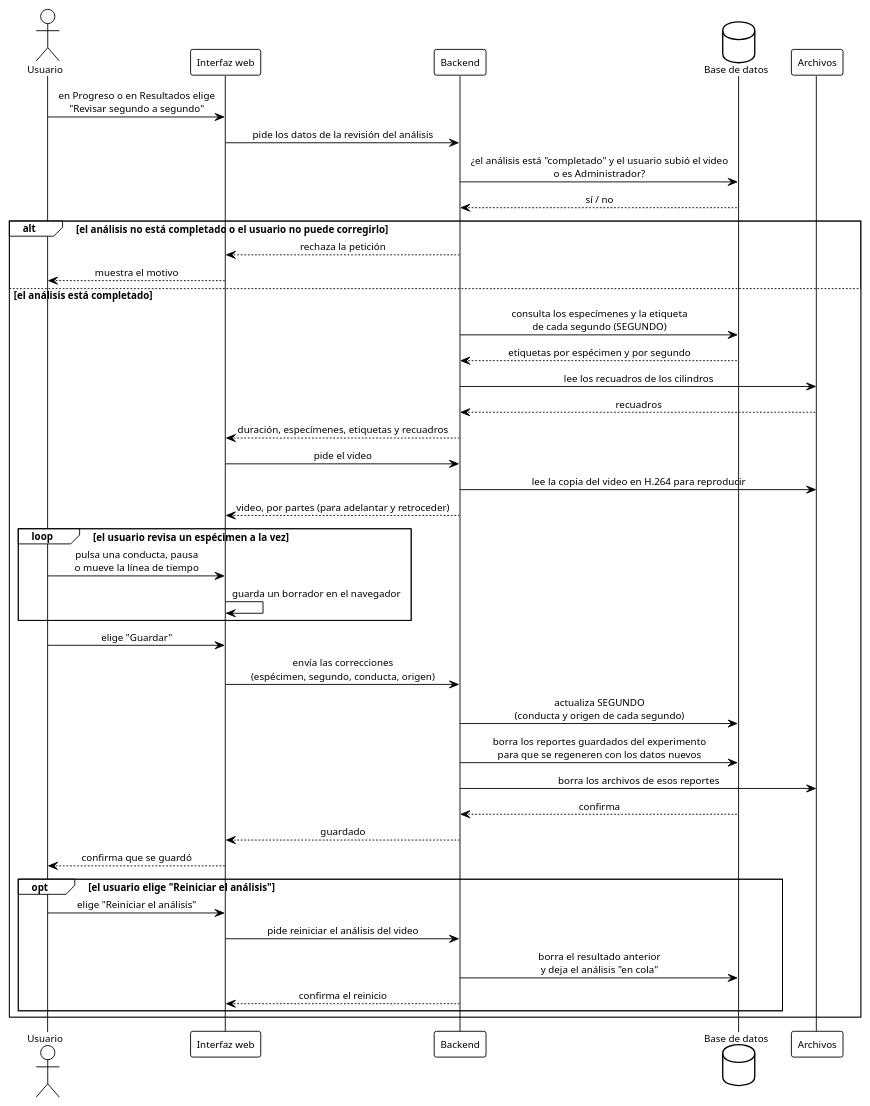
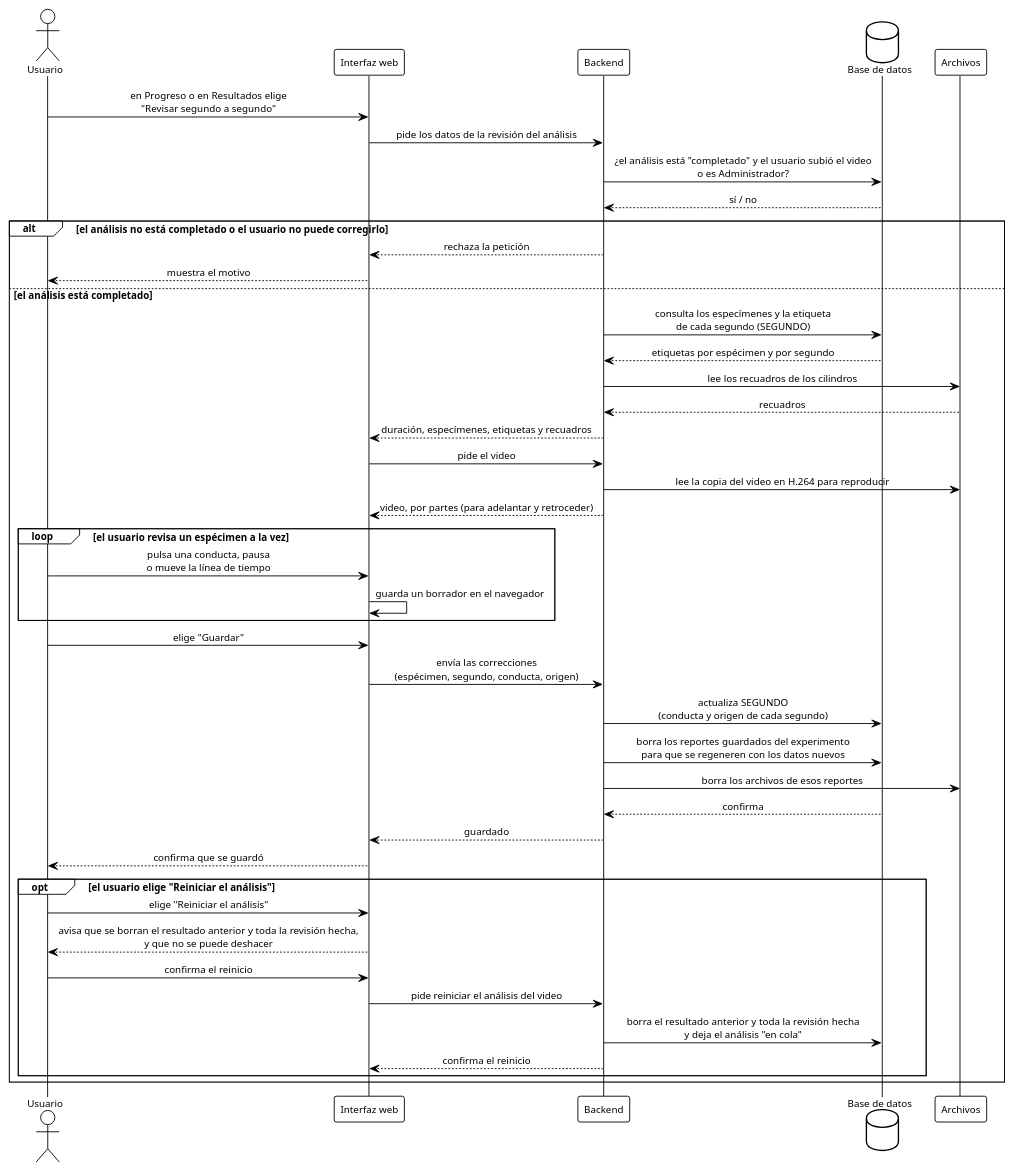
Before and after one commit to ErickJester/fst-ai-system-latex: the diagram in diagramas/seq_revision_segundos.puml, drawn with PlantUML. The commit also changed 16 other files, not shown here.

```diff
--- a/diagramas/seq_revision_segundos.puml
+++ b/diagramas/seq_revision_segundos.puml
@@ -1,75 +1,79 @@
 @startuml seq_revision_segundos
 ' ================================================================
 '  Secuencia - Revision segundo a segundo
 '  Base de datos FST | TT 2026-B066 | ESCOM-IPN
 '  Frausto Robles Angel Ali . Rodriguez Verdin Sandoval Vanesa
 ' ----------------------------------------------------------------
 '  Cubre la pantalla de revision que el usuario abre cuando el
 '  analisis termina (D-34, 3-oct). El usuario ve el video con una
 '  linea de tiempo por especimen, coloreada por conducta, y corrige
 '  la etiqueta de cada segundo. Las correcciones se guardan en
 '  SEGUNDO (D-35). Los totales por minuto no se guardan (D-52): se
 '  calculan desde SEGUNDO al mostrarse, asi que no hay que recalcularlos.
 '
 '  Corrige el investigador que subio el video o el Administrador. La
 '  copia del video en H.264 la genera el worker al terminar el analisis.
-'  El usuario puede reiniciar el analisis desde esta pantalla: se borra
-'  el resultado anterior y el analisis empieza de nuevo.
+'  El creador del experimento o el Administrador puede reiniciar el analisis
+'  completado desde esta pantalla: la pantalla avisa antes que se borran el
+'  resultado anterior y toda la revision hecha, y que no se puede deshacer; al
+'  confirmar, el analisis vuelve a "en cola" y empieza de nuevo.
 '
 '  Generar:
 '      java -jar plantuml.jar -tpng diagramas/seq_revision_segundos.puml
 ' ================================================================
 
 !theme plain
 skinparam defaultFontName Arial
 skinparam defaultFontSize 11
 skinparam shadowing false
 skinparam sequenceMessageAlign center
 skinparam BoxPadding 10
 
 actor Usuario as u
 participant "Interfaz web" as ui
 participant Backend as api
 database "Base de datos" as db
 participant "Archivos" as fs
 
 u -> ui: en Progreso o en Resultados elige\n"Revisar segundo a segundo"
 ui -> api: pide los datos de la revisión del análisis
 api -> db: ¿el análisis está "completado" y el usuario subió el video\no es Administrador?
 db --> api: sí / no
 
 alt el análisis no está completado o el usuario no puede corregirlo
   api --> ui: rechaza la petición
   ui --> u: muestra el motivo
 else el análisis está completado
   api -> db: consulta los especímenes y la etiqueta\nde cada segundo (SEGUNDO)
   db --> api: etiquetas por espécimen y por segundo
   api -> fs: lee los recuadros de los cilindros
   fs --> api: recuadros
   api --> ui: duración, especímenes, etiquetas y recuadros
   ui -> api: pide el video
   api -> fs: lee la copia del video en H.264 para reproducir
   api --> ui: video, por partes (para adelantar y retroceder)
 
   loop el usuario revisa un espécimen a la vez
     u -> ui: pulsa una conducta, pausa\no mueve la línea de tiempo
     ui -> ui: guarda un borrador en el navegador
   end
 
   u -> ui: elige "Guardar"
   ui -> api: envía las correcciones\n(espécimen, segundo, conducta, origen)
   api -> db: actualiza SEGUNDO\n(conducta y origen de cada segundo)
   api -> db: borra los reportes guardados del experimento\npara que se regeneren con los datos nuevos
   api -> fs: borra los archivos de esos reportes
   db --> api: confirma
   api --> ui: guardado
   ui --> u: confirma que se guardó
 
   opt el usuario elige "Reiniciar el análisis"
     u -> ui: elige "Reiniciar el análisis"
+    ui --> u: avisa que se borran el resultado anterior y toda la revisión hecha,\ny que no se puede deshacer
+    u -> ui: confirma el reinicio
     ui -> api: pide reiniciar el análisis del video
-    api -> db: borra el resultado anterior\ny deja el análisis "en cola"
+    api -> db: borra el resultado anterior y toda la revisión hecha\ny deja el análisis "en cola"
     api --> ui: confirma el reinicio
   end
 end
 @enduml
```
